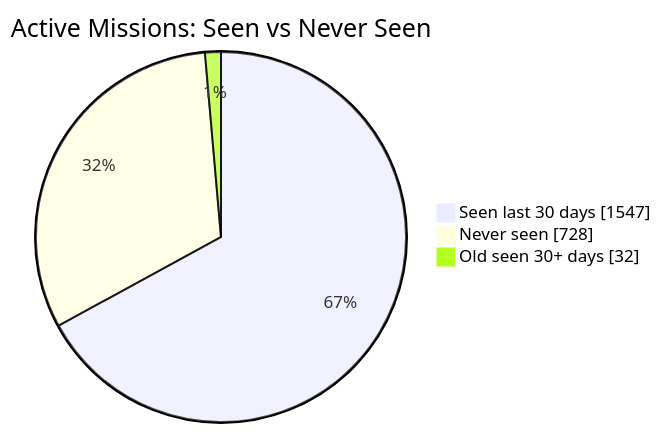
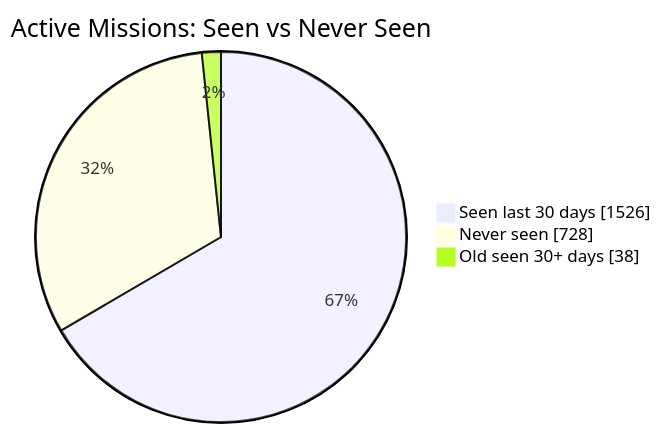
Before and after one commit to MeldkamerspelGameTeam/active-missions: the first of 2 diagrams in README.md, drawn with Mermaid. The commit also changed other lines of this file and 4 other files, not shown here.

````diff
--- a/README.md
+++ b/README.md
@@ -34,7 +34,7 @@
 ```mermaid
 pie showData
     title Active Missions: Seen vs Never Seen
-    "Seen last 30 days" : 1547
+    "Seen last 30 days" : 1526
     "Never seen" : 728
-    "Old seen 30+ days" : 32
+    "Old seen 30+ days" : 38
 ```
````
